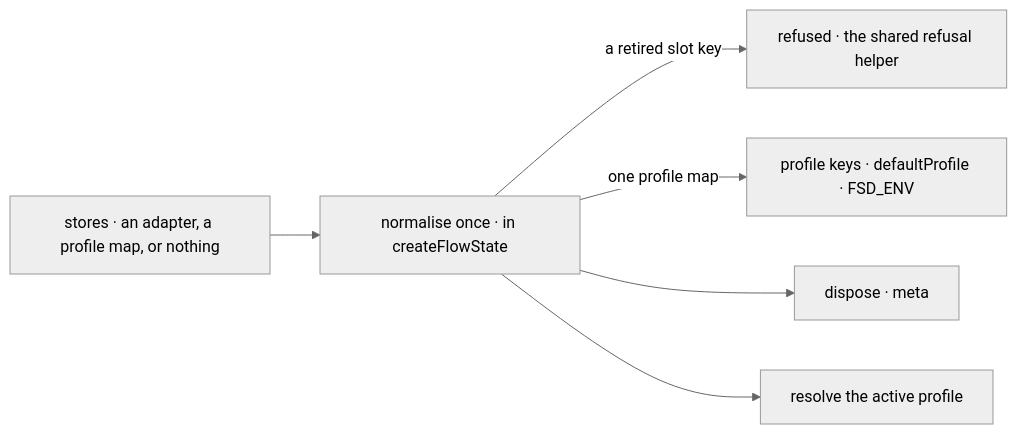
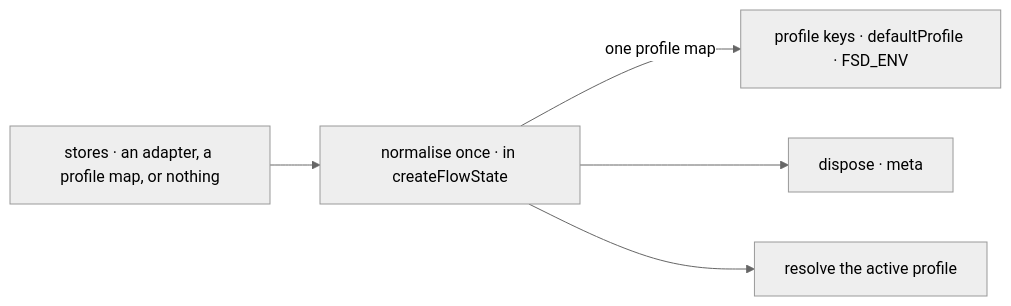
The second of 2 diagrams in specs/issues/FIX-2452/SPEC.md (fixpoint-labs/flow-state-dev), drawn with Mermaid (neutral theme) before and after one commit. The commit also changed other lines of this file and 44 other files, not shown here.

````diff
--- a/specs/issues/FIX-2452/SPEC.md
+++ b/specs/issues/FIX-2452/SPEC.md
@@ -117,8 +117,7 @@
 ```mermaid
 flowchart LR
   O["stores · an adapter, a profile map, or nothing"] --> N["normalise once · in createFlowState"]
-  N -->|"a retired slot key"| R["refused · the shared refusal helper"]
   N -->|"one profile map"| K["profile keys · defaultProfile · FSD_ENV"]
   N --> D["dispose · meta"]
   N --> S["resolve the active profile"]
 ```
````
